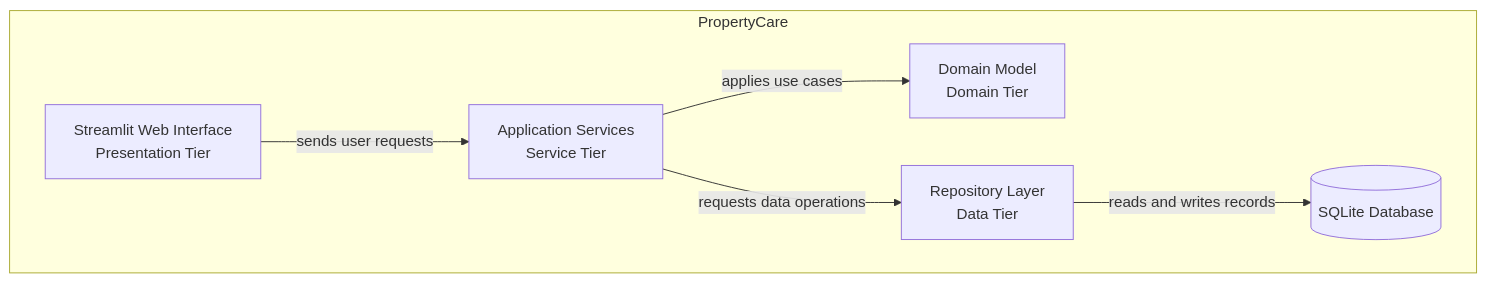
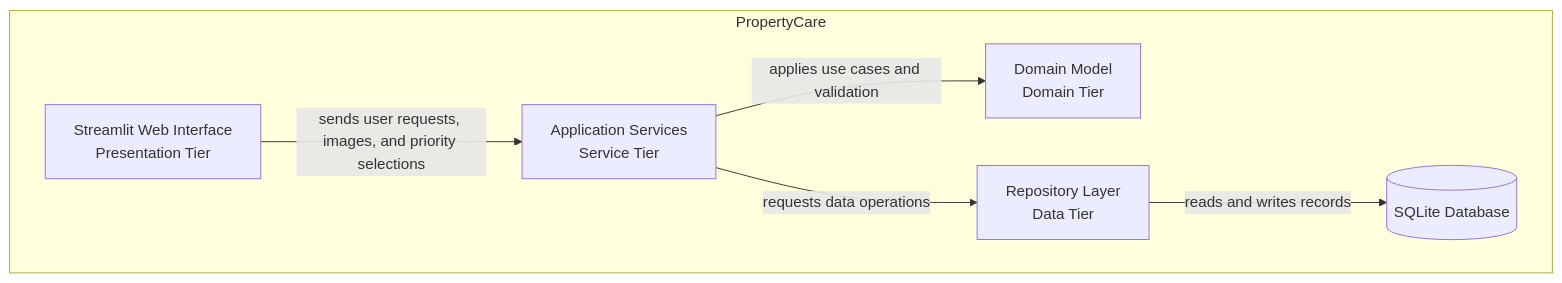
The second of 4 diagrams in README.md (JaiKaushik03/cen5064-project-Jai), drawn with Mermaid before and after one commit. The commit also changed other lines of this file, not shown here.

````diff
--- a/README.md
+++ b/README.md
@@ -55,18 +55,18 @@
 ```mermaid
 flowchart TB
 
     subgraph PropertyCareSystem [PropertyCare]
 
         ui[Streamlit Web Interface<br/>Presentation Tier]
         service[Application Services<br/>Service Tier]
         domain[Domain Model<br/>Domain Tier]
         data[Repository Layer<br/>Data Tier]
         database[(SQLite Database)]
 
-        ui -->|sends user requests| service
-        service -->|applies use cases| domain
+        ui -->|sends user requests, images, and priority selections| service
+        service -->|applies use cases and validation| domain
         service -->|requests data operations| data
         data -->|reads and writes records| database
 
     end
 ```
````
